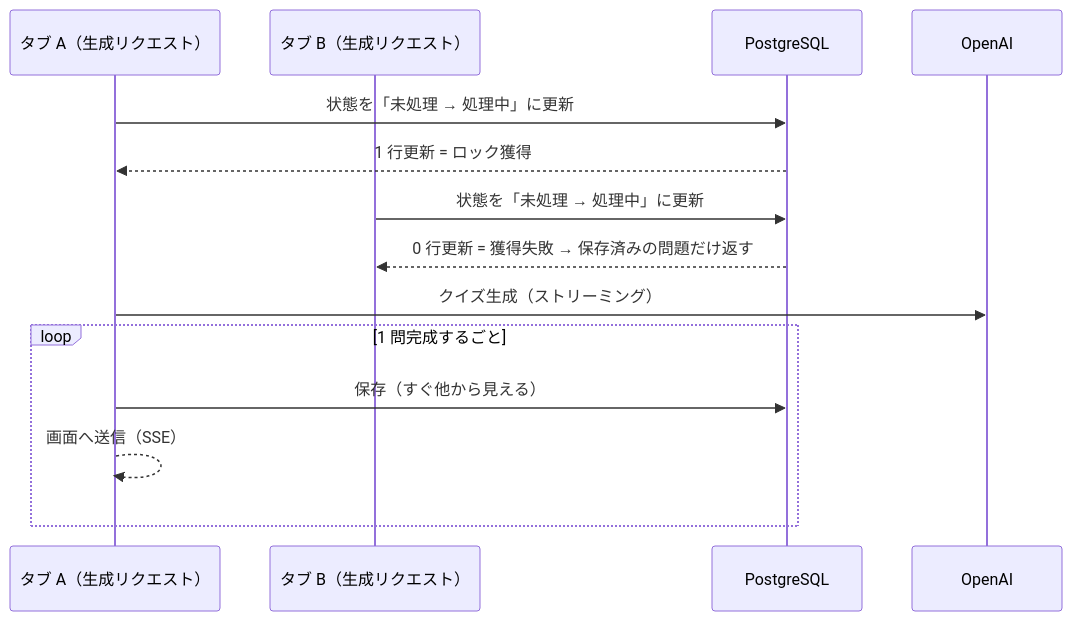
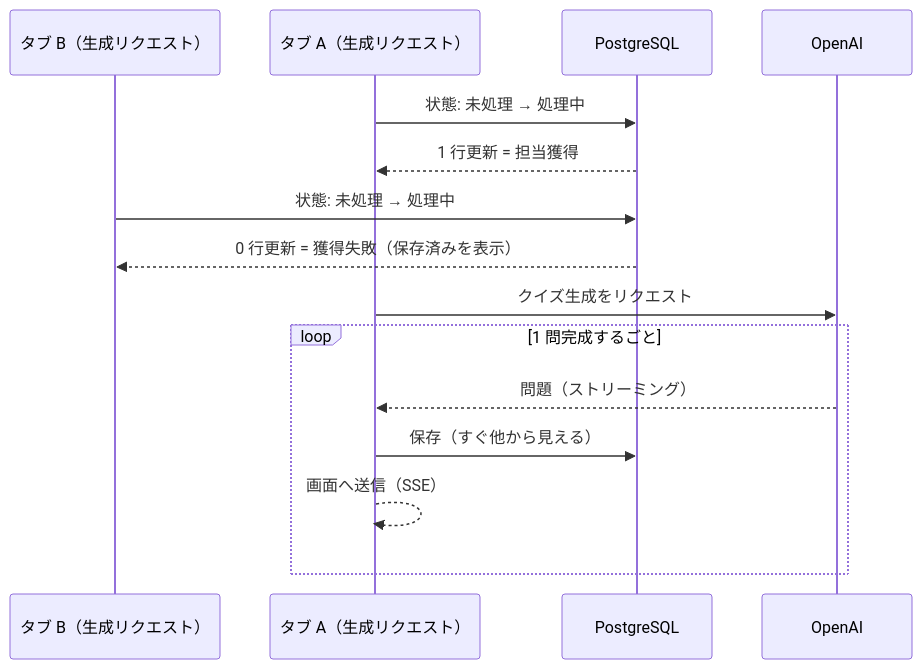
One commit to Yohei-Shiina/ai-quiz-app changed the second of 2 diagrams in README.md. Above: the diagram before and after it, drawn with Mermaid. The commit also changed other lines of this file, not shown here.

Commit message:
docs: restructure README highlights, add tests section and flow diagram

````diff
--- a/README.md
+++ b/README.md
@@ -72,17 +98,18 @@
 ```mermaid
 sequenceDiagram
+    participant B as タブ B（生成リクエスト）
     participant A as タブ A（生成リクエスト）
-    participant B as タブ B（生成リクエスト）
     participant DB as PostgreSQL
     participant LLM as OpenAI
 
-    A->>DB: 状態を「未処理 → 処理中」に更新
-    DB-->>A: 1 行更新 = ロック獲得
-    B->>DB: 状態を「未処理 → 処理中」に更新
-    DB-->>B: 0 行更新 = 獲得失敗 → 保存済みの問題だけ返す
-    A->>LLM: クイズ生成（ストリーミング）
+    A->>DB: 状態: 未処理 → 処理中
+    DB-->>A: 1 行更新 = 担当獲得
+    B->>DB: 状態: 未処理 → 処理中
+    DB-->>B: 0 行更新 = 獲得失敗（保存済みを表示）
+    A->>LLM: クイズ生成をリクエスト
     loop 1 問完成するごと
+        LLM-->>A: 問題（ストリーミング）
         A->>DB: 保存（すぐ他から見える）
         A-->>A: 画面へ送信（SSE）
     end
 ```
````
